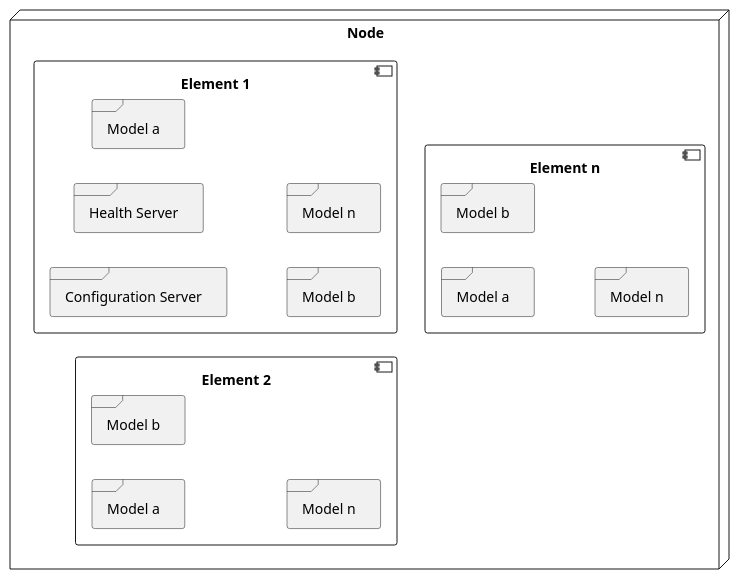
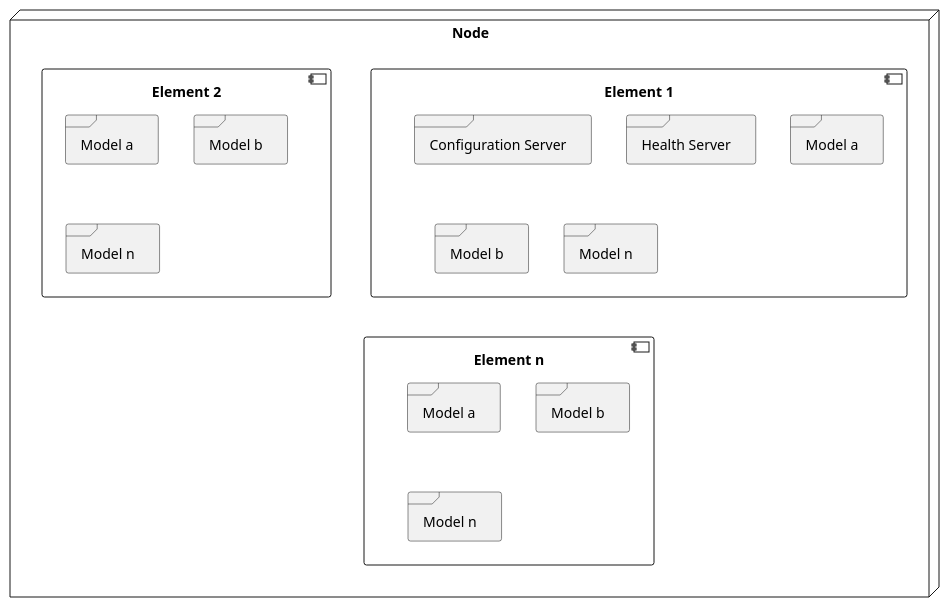
The diagram in figures/ble_architecture.plantuml (sespaetzlean/THU_sp_SS23_schmidt_software), drawn with PlantUML before and after one commit. The commit also changed 30 other files, not shown here.

Commit message:
added all plantuml diagrams + exports

```diff
--- a/figures/ble_architecture.plantuml
+++ b/figures/ble_architecture.plantuml
@@ -1,24 +1,27 @@
 @startuml
-left to right direction
+' left to right direction
 
 node Node {
     component "Element 1" as element1 {
         frame "Configuration Server" as configserver
         frame "Health Server" as healthserver
         frame "Model a" as model1a
         frame "Model b" as model1b
         frame "Model n" as model1n
     }
     component "Element 2" as element2 {
         frame "Model a" as model2a
         frame "Model b" as model2b
         frame "Model n" as model2n
     }
     component "Element n" as elementn {
         frame "Model a" as model3a
         frame "Model b" as model3b
         frame "Model n" as model3n
     }
 }
 
+element1 -[hidden]right-> element2
+element2 -[hidden]right-> elementn
+
 @enduml
```
